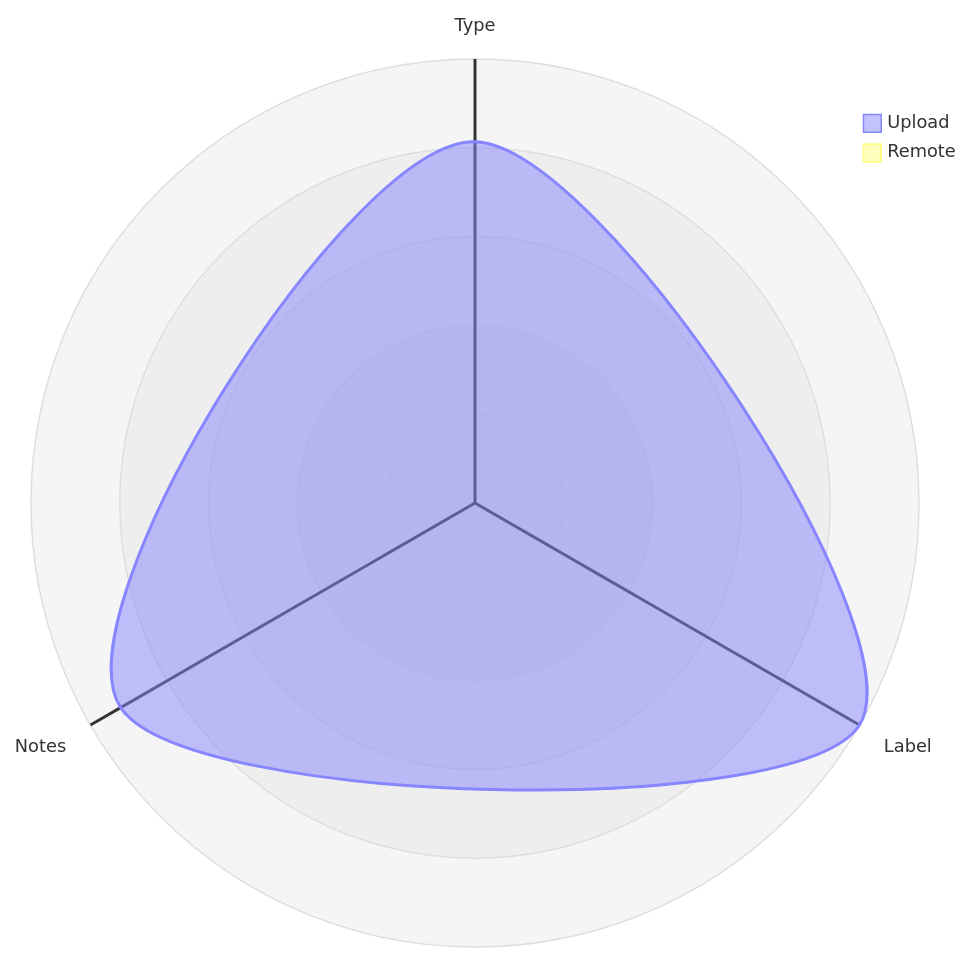
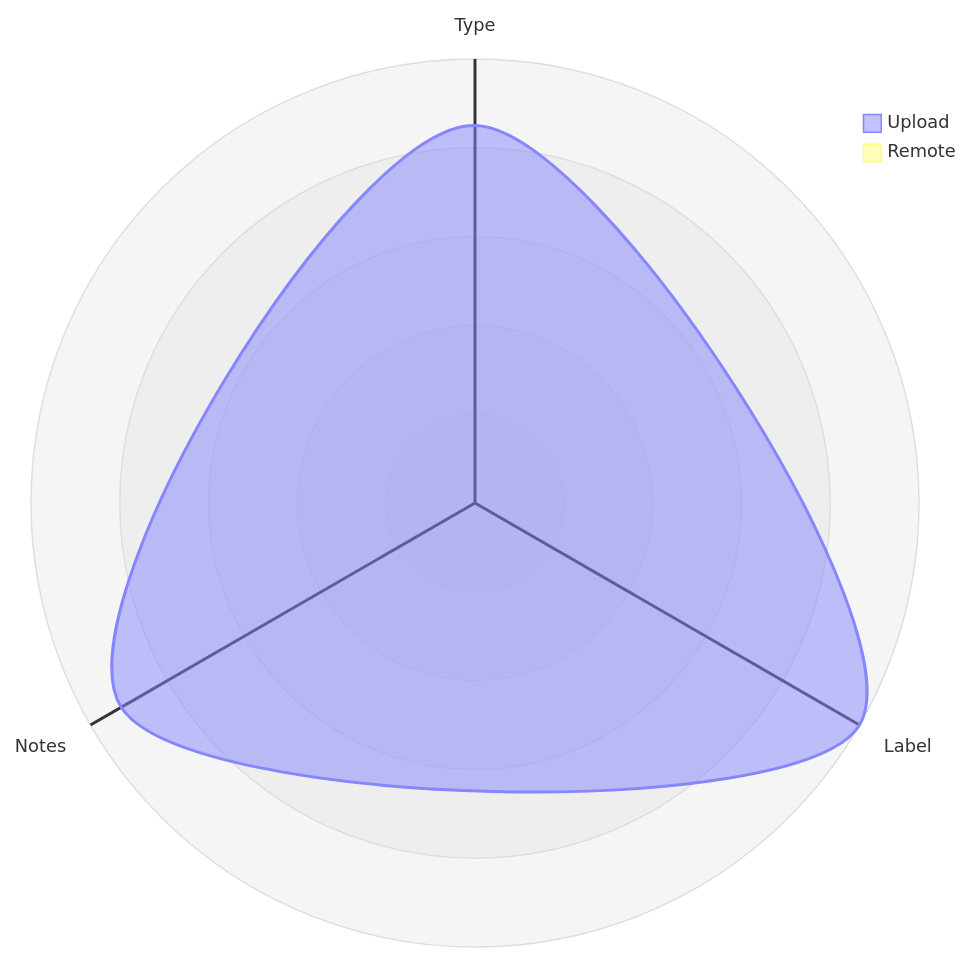
The third of 5 diagrams in datastore_tracker/README.md (open-data/analytics-corporate-reporting), drawn with Mermaid before and after one commit. The commit also changed 7 other files, not shown here.

````diff
--- a/datastore_tracker/README.md
+++ b/datastore_tracker/README.md
@@ -106,12 +106,12 @@
 ```mermaid
 radar-beta
   axis T["Type"], L["Label"], N["Notes"]
-  curve u["Upload"]{0.00083, 0.00102, 0.00094}
+  curve u["Upload"]{0.00085, 0.001, 0.00092}
   curve r["Remote"]{0, 0, 0}
 
   showLegend true
 
   min 0
   graticule circle
   ticks 5
 ```
````
